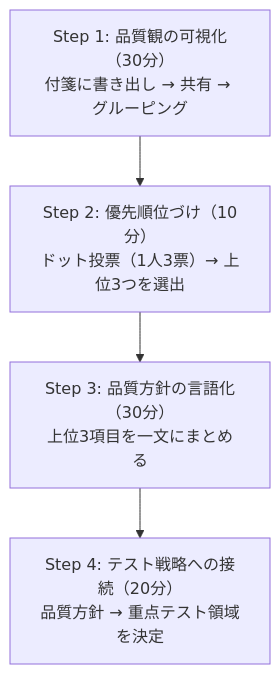
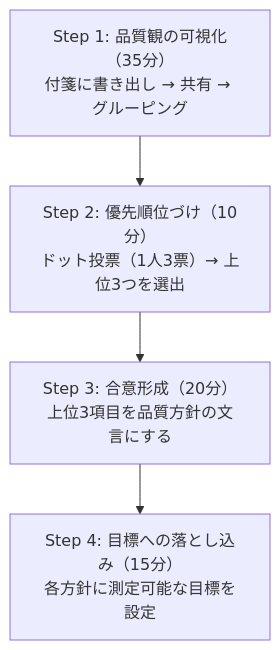
Before and after one commit to akihisa-kusakabe-bk/zenn-content: the diagram in books/testing-not-equals-qa/chapter4.md, drawn with Mermaid. The commit also changed other lines of this file and 13 other files, not shown here.

Commit message:
完全版の最終校正：誤字脱字・数値矛盾・リンク先・図の崩れ・ISO 25010の版表記を修正

````diff
--- a/books/testing-not-equals-qa/chapter4.md
+++ b/books/testing-not-equals-qa/chapter4.md
@@ -606,8 +606,8 @@
 ```mermaid
 graph TD
-    S1["Step 1: 品質観の可視化（30分）<br/>付箋に書き出し → 共有 → グルーピング"]
+    S1["Step 1: 品質観の可視化（35分）<br/>付箋に書き出し → 共有 → グルーピング"]
     S2["Step 2: 優先順位づけ（10分）<br/>ドット投票（1人3票）→ 上位3つを選出"]
-    S3["Step 3: 品質方針の言語化（30分）<br/>上位3項目を一文にまとめる"]
-    S4["Step 4: テスト戦略への接続（20分）<br/>品質方針 → 重点テスト領域を決定"]
+    S3["Step 3: 合意形成（20分）<br/>上位3項目を品質方針の文言にする"]
+    S4["Step 4: 目標への落とし込み（15分）<br/>各方針に測定可能な目標を設定"]
     S1 --> S2 --> S3 --> S4
 ```
````
